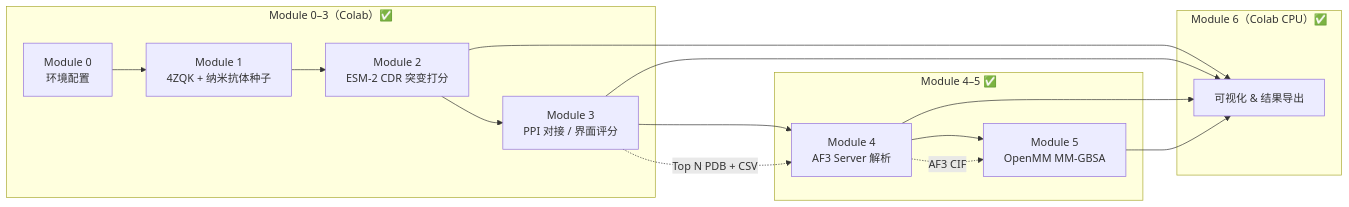
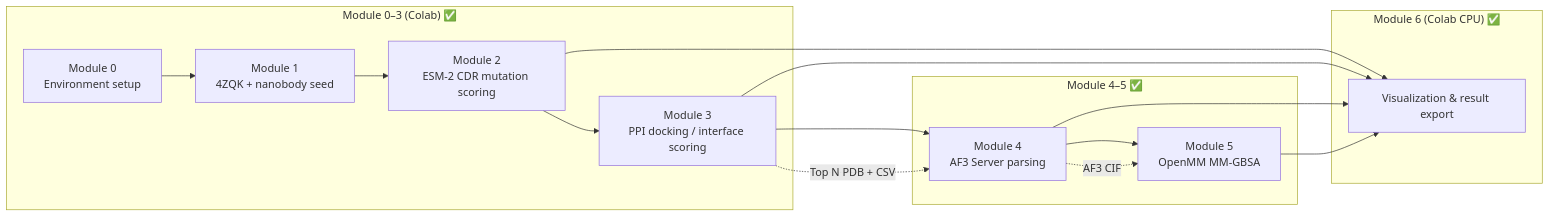
Before and after one commit to Tepeng0213/OmniScreen-AI: the first of 2 diagrams in docs/workflows/PE_MODULES.md, drawn with Mermaid. The commit also changed other lines of this file and 16 other files, not shown here.

````diff
--- a/docs/workflows/PE_MODULES.md
+++ b/docs/workflows/PE_MODULES.md
@@ -38,27 +38,27 @@
 ```mermaid
 flowchart LR
-    subgraph M0_3["Module 0–3（Colab）✅"]
-        M0[Module 0<br/>环境配置]
-        M1[Module 1<br/>4ZQK + 纳米抗体种子]
-        M2[Module 2<br/>ESM-2 CDR 突变打分]
-        M3[Module 3<br/>PPI 对接 / 界面评分]
+    subgraph M0_3["Module 0–3 (Colab) ✅"]
+        M0[Module 0<br/>Environment setup]
+        M1[Module 1<br/>4ZQK + nanobody seed]
+        M2[Module 2<br/>ESM-2 CDR mutation scoring]
+        M3[Module 3<br/>PPI docking / interface scoring]
         M0 --> M1 --> M2 --> M3
     end
 
     subgraph M4_5["Module 4–5 ✅"]
-        M4[Module 4<br/>AF3 Server 解析]
+        M4[Module 4<br/>AF3 Server parsing]
         M5[Module 5<br/>OpenMM MM-GBSA]
         M3 --> M4 --> M5
     end
 
-    subgraph M6b["Module 6（Colab CPU）✅"]
-        M6[可视化 & 结果导出]
+    subgraph M6b["Module 6 (Colab CPU) ✅"]
+        M6[Visualization & result export]
         M2 --> M6
         M3 --> M6
         M4 --> M6
         M5 --> M6
     end
 
     M3 -.->|Top N PDB + CSV| M4
     M4 -.->|AF3 CIF| M5
 ```
````
